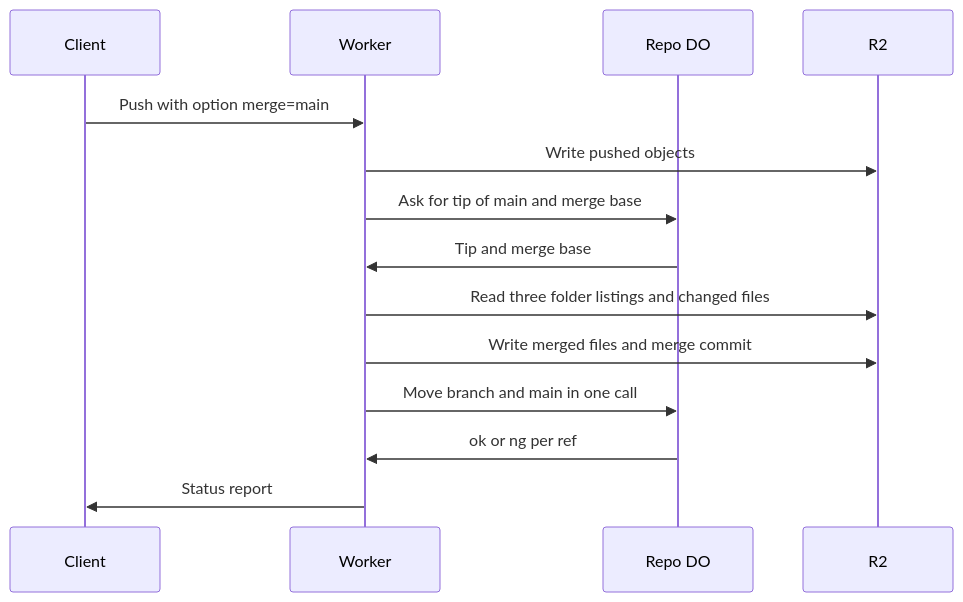
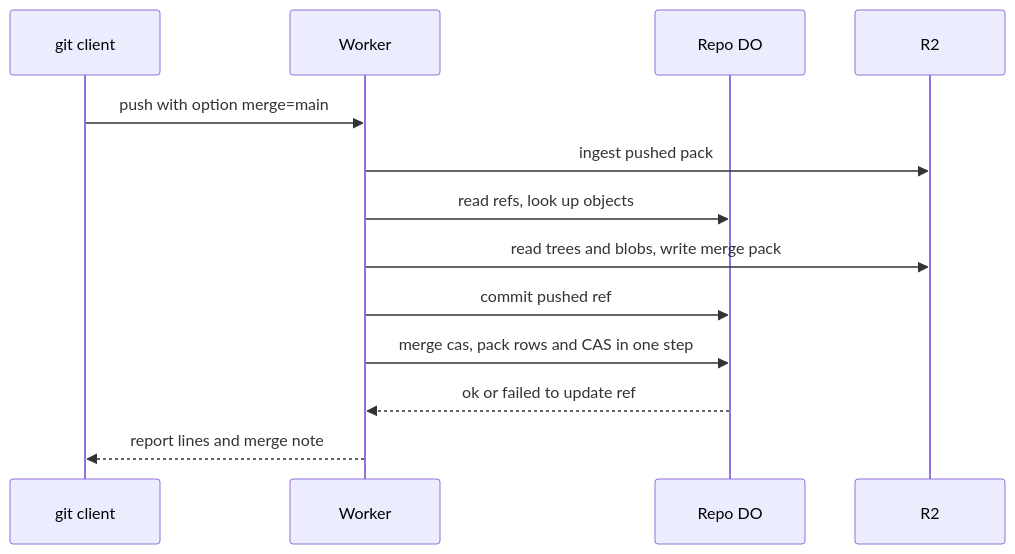
Before and after one commit to idl3/git-edge: the diagram in plain/server-side-merge.md, drawn with Mermaid. The commit also changed other lines of this file and 65 other files, not shown here.

````diff
--- a/plain/server-side-merge.md
+++ b/plain/server-side-merge.md
@@ -32,16 +36,15 @@
 ```mermaid
 sequenceDiagram
-    participant C as Client
-    participant W as Worker
-    participant D as Repo DO
-    participant R as R2
-    C->>W: Push with option merge=main
-    W->>R: Write pushed objects
-    W->>D: Ask for tip of main and merge base
-    D->>W: Tip and merge base
-    W->>R: Read three folder listings and changed files
-    W->>R: Write merged files and merge commit
-    W->>D: Move branch and main in one call
-    D->>W: ok or ng per ref
-    W->>C: Status report
+    participant Client as git client
+    participant Worker
+    participant DO as Repo DO
+    participant R2
+    Client->>Worker: push with option merge=main
+    Worker->>R2: ingest pushed pack
+    Worker->>DO: read refs, look up objects
+    Worker->>R2: read trees and blobs, write merge pack
+    Worker->>DO: commit pushed ref
+    Worker->>DO: merge cas, pack rows and CAS in one step
+    DO-->>Worker: ok or failed to update ref
+    Worker-->>Client: report lines and merge note
 ```
````
